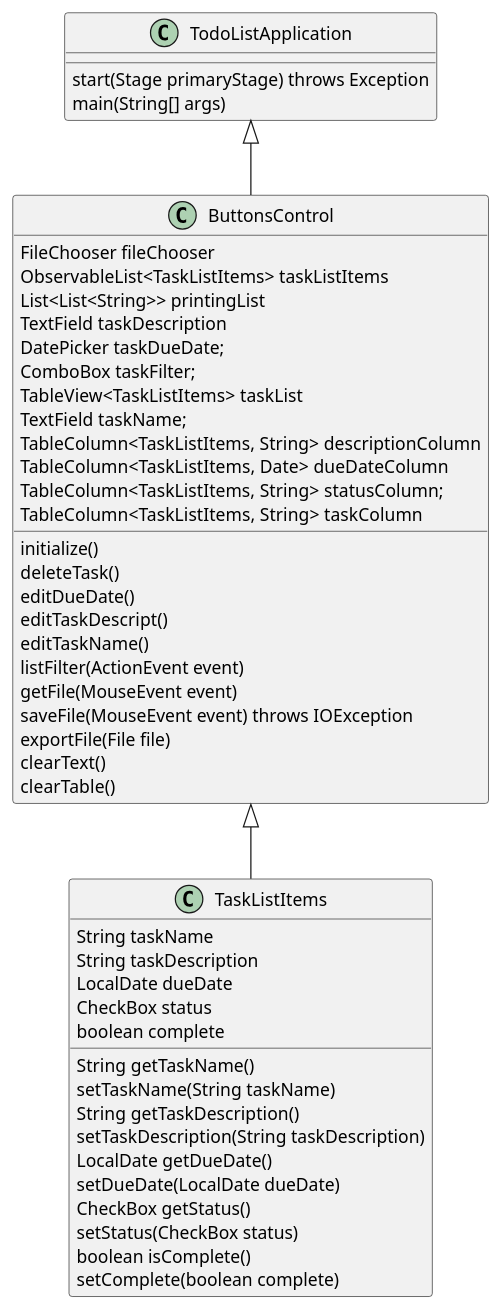
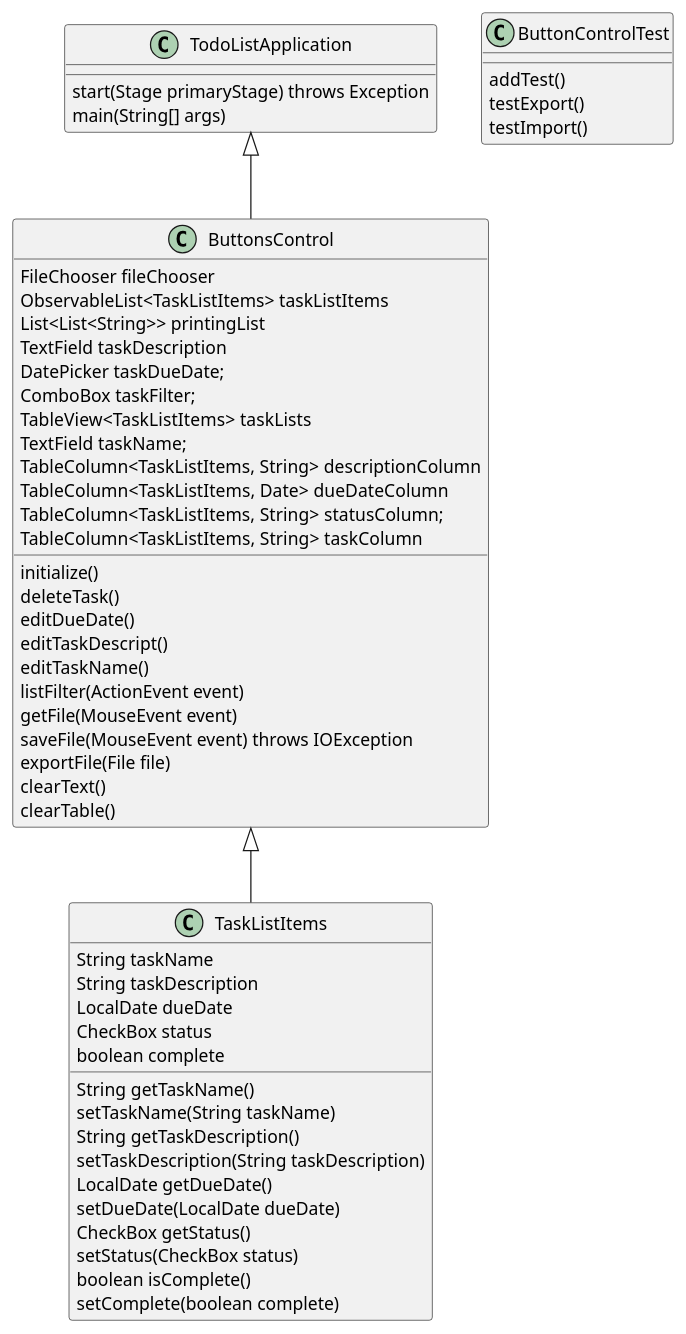
Before and after one commit to lins0409/lin-app1-imp1: the diagram in TodoListApplication/docs/App1_diagram.puml, drawn with PlantUML. The commit also changed 1 other file, not shown here.

```diff
--- a/TodoListApplication/docs/App1_diagram.puml
+++ b/TodoListApplication/docs/App1_diagram.puml
@@ -1,58 +1,64 @@
 @startuml
 'https://plantuml.com/class-diagram
 
 
 class TodoListApplication {
 start(Stage primaryStage) throws Exception
 main(String[] args)
 }
 
 TodoListApplication <|-- ButtonsControl
 
 class ButtonsControl {
 FileChooser fileChooser
 ObservableList<TaskListItems> taskListItems
 List<List<String>> printingList
 TextField taskDescription
 DatePicker taskDueDate;
 ComboBox taskFilter;
-TableView<TaskListItems> taskList
+TableView<TaskListItems> taskLists
 TextField taskName;
 TableColumn<TaskListItems, String> descriptionColumn
 TableColumn<TaskListItems, Date> dueDateColumn
 TableColumn<TaskListItems, String> statusColumn;
 TableColumn<TaskListItems, String> taskColumn
 initialize()
 deleteTask()
 editDueDate()
 editTaskDescript()
 editTaskName()
 listFilter(ActionEvent event)
 getFile(MouseEvent event)
 saveFile(MouseEvent event) throws IOException
 exportFile(File file)
 clearText()
 clearTable()
 }
 
 ButtonsControl <|-- TaskListItems
 
 class TaskListItems{
 String taskName
 String taskDescription
 LocalDate dueDate
 CheckBox status
 boolean complete
 String getTaskName()
 setTaskName(String taskName)
 String getTaskDescription()
 setTaskDescription(String taskDescription)
 LocalDate getDueDate()
 setDueDate(LocalDate dueDate)
 CheckBox getStatus()
 setStatus(CheckBox status)
 boolean isComplete()
 setComplete(boolean complete)
 }
 
+Class ButtonControlTest{
+addTest()
+testExport()
+testImport()
+}
+
 @enduml
```
